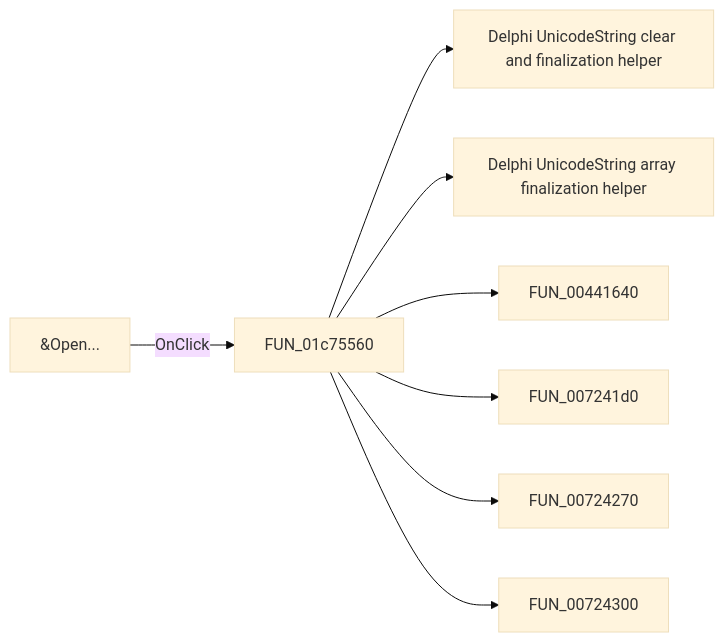
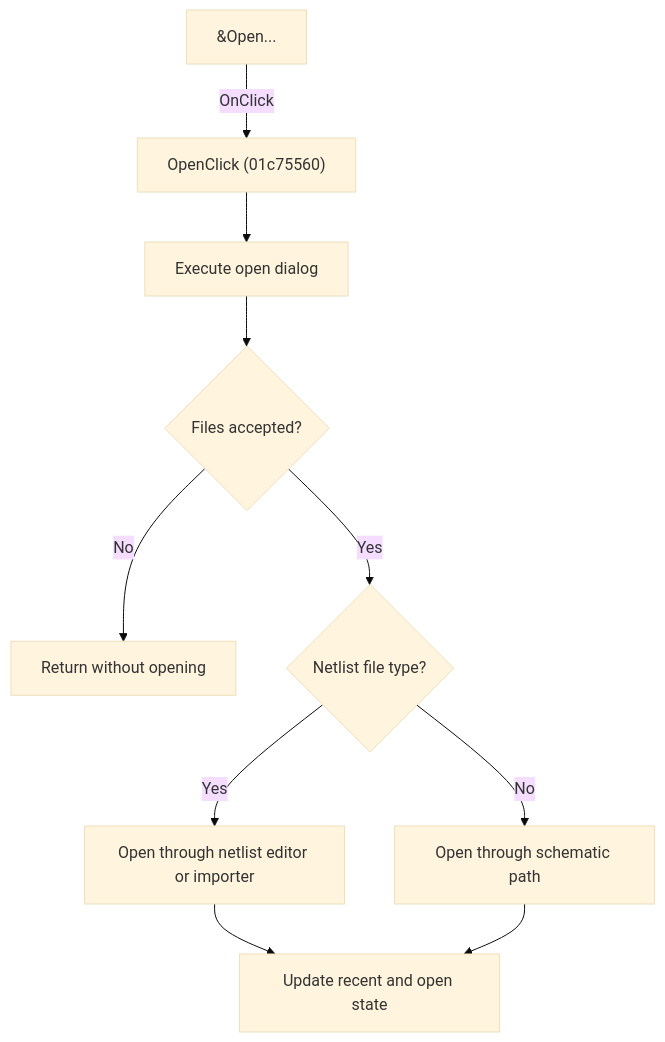
The diagram in docs/ui-controls/schematiceditor/open-d39dc444ca.md (MovGP0/TIARA), drawn with Mermaid (base theme) before and after one commit. The commit also changed other lines of this file and 1062 other files, not shown here.

````diff
--- a/docs/ui-controls/schematiceditor/open-d39dc444ca.md
+++ b/docs/ui-controls/schematiceditor/open-d39dc444ca.md
@@ -27,10 +27,12 @@
 ```mermaid
-flowchart LR
-    control["&Open..."] -->|OnClick| handler["FUN_01c75560"]
-    handler --> call1["Delphi UnicodeString clear and finalization helper"]
-    handler --> call2["Delphi UnicodeString array finalization helper"]
-    handler --> call3["FUN_00441640"]
-    handler --> call4["FUN_007241d0"]
-    handler --> call5["FUN_00724270"]
-    handler --> call6["FUN_00724300"]
+flowchart TD
+    control["&Open..."] -->|"OnClick"| handler["OpenClick (01c75560)"]
+    handler --> dialog["Execute open dialog"]
+    dialog --> accepted{"Files accepted?"}
+    accepted -->|"No"| unchanged["Return without opening"]
+    accepted -->|"Yes"| type{"Netlist file type?"}
+    type -->|"Yes"| netlist["Open through netlist editor or importer"]
+    type -->|"No"| schematic["Open through schematic path"]
+    netlist --> state["Update recent and open state"]
+    schematic --> state
 ```
````
